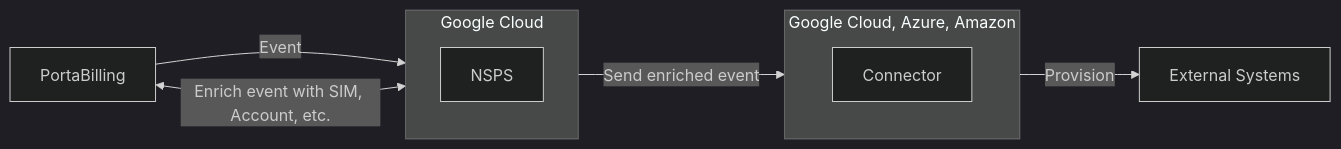
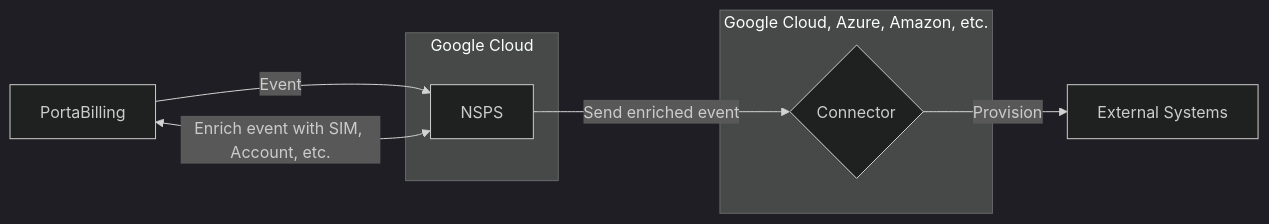
Before and after one commit to Mogorno/NSPS-connector-docs: the diagram in docs/index.md, drawn with Mermaid (dark theme). The commit also changed other lines of this file and 13 other files, not shown here.

````diff
--- a/docs/index.md
+++ b/docs/index.md
@@ -20,13 +22,13 @@
-<div class="mermaid">
+```mermaid
 flowchart LR
-    subgraph GC [Google Cloud]
-        NSPS
+    A[PortaBilling] -->|Event| B
+    B <-->|Enrich event with SIM, Account, etc.| A
+    B -->|Send enriched event| C
+    C -->|Provision| D[External Systems]
+    subgraph Cloud1[Google Cloud]
+        B[NSPS]
     end
-    subgraph CloudVendors [Google Cloud, Azure, Amazon]
-        Connector
+    subgraph Cloud2[Google Cloud, Azure, Amazon, etc.]
+        C{Connector}
     end
-    A["PortaBilling"] -- Event --> GC
-    A["PortaBilling"] <-- Enrich event with SIM, Account, etc. --> GC
-    GC -- Send enriched event --> CloudVendors
-    CloudVendors -- Provision --> D["External Systems"]
-</div>
+```
````
